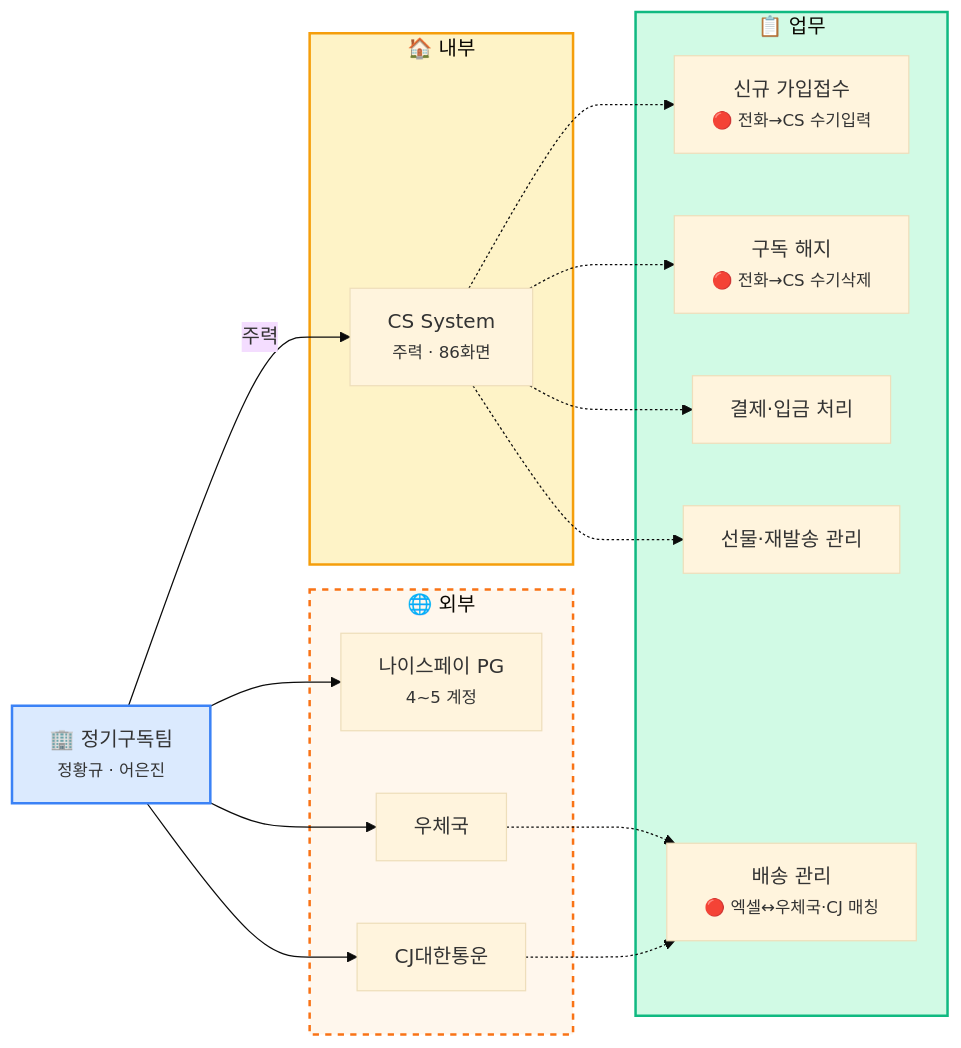
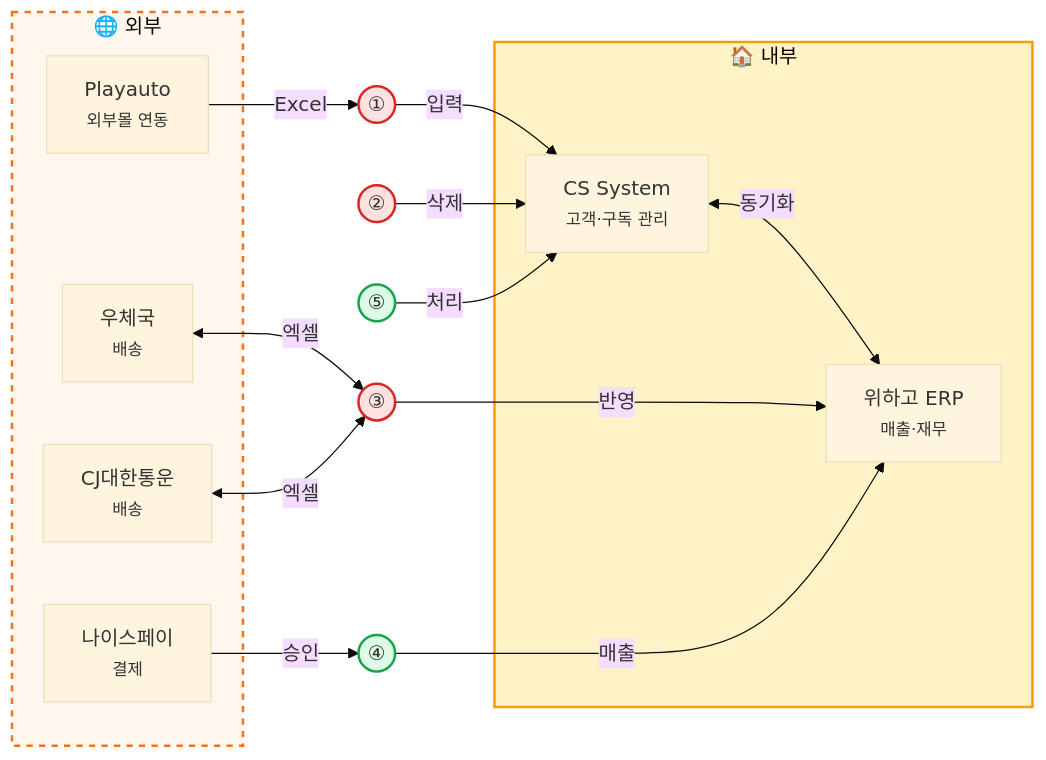
Before and after one commit to sknkwoxs/manual-book: the second of 8 diagrams in src/content/docs/goodthinking-isp/02-analysis/entity-map.md, drawn with Mermaid (base theme). The commit also changed other lines of this file and 60 other files, not shown here.

````diff
--- a/src/content/docs/goodthinking-isp/02-analysis/entity-map.md
+++ b/src/content/docs/goodthinking-isp/02-analysis/entity-map.md
@@ -113,37 +116,39 @@
 ```mermaid
 flowchart LR
-    SUB["🏢 정기구독팀<br/><small>정황규 · 어은진</small>"]
-
     subgraph SYS_INT["🏠 내부"]
-        CS["CS System<br/><small>주력 · 86화면</small>"]
+        CS["CS System<br/><small>고객·구독 관리</small>"]
+        ERP["위하고 ERP<br/><small>매출·재무</small>"]
+        CS <-->|"동기화"| ERP
     end
     subgraph SYS_EXT["🌐 외부"]
-        NICE["나이스페이 PG<br/><small>4~5 계정</small>"]
-        POST["우체국"]
-        CJ["CJ대한통운"]
+        NICE["나이스페이<br/><small>결제</small>"]
+        POST["우체국<br/><small>배송</small>"]
+        CJ["CJ대한통운<br/><small>배송</small>"]
+        PLAY["Playauto<br/><small>외부몰 연동</small>"]
     end
 
-    subgraph PROC["📋 업무"]
-        P1["신규 가입접수<br/><small>🔴 전화→CS 수기입력</small>"]
-        P2["구독 해지<br/><small>🔴 전화→CS 수기삭제</small>"]
-        P3["배송 관리<br/><small>🔴 엑셀↔우체국·CJ 매칭</small>"]
-        P4["결제·입금 처리"]
-        P5["선물·재발송 관리"]
-    end
+    P1(("①"))
+    P2(("②"))
+    P3(("③"))
+    P4(("④"))
+    P5(("⑤"))
 
-    SUB -->|"주력"| CS
-    SUB --> NICE
-    SUB --> POST
-    SUB --> CJ
-    CS -.-> P1
-    CS -.-> P2
-    CS -.-> P4
-    POST -.-> P3
-    CJ -.-> P3
-    CS -.-> P5
+    %% 업무 → 시스템 (업무 결과가 시스템에 반영)
+    PLAY -->|"Excel"| P1
+    P1 -->|"입력"| CS
+    P2 -->|"삭제"| CS
+    POST <-->|"엑셀"| P3
+    CJ <-->|"엑셀"| P3
+    P3 -->|"반영"| ERP
+    NICE -->|"승인"| P4
+    P4 -->|"매출"| ERP
+    P5 -->|"처리"| CS
 
     style SYS_INT fill:#fef3c7,stroke:#f59e0b,stroke-width:2px
     style SYS_EXT fill:#fff7ed,stroke:#f97316,stroke-width:2px,stroke-dasharray: 5 5
-    style PROC fill:#d1fae5,stroke:#10b981,stroke-width:2px
-    style SUB fill:#dbeafe,stroke:#3b82f6,stroke-width:2px
+    style P1 fill:#fee2e2,stroke:#dc2626,stroke-width:2px
+    style P2 fill:#fee2e2,stroke:#dc2626,stroke-width:2px
+    style P3 fill:#fee2e2,stroke:#dc2626,stroke-width:2px
+    style P4 fill:#dcfce7,stroke:#16a34a,stroke-width:2px
+    style P5 fill:#dcfce7,stroke:#16a34a,stroke-width:2px
 ```
````
